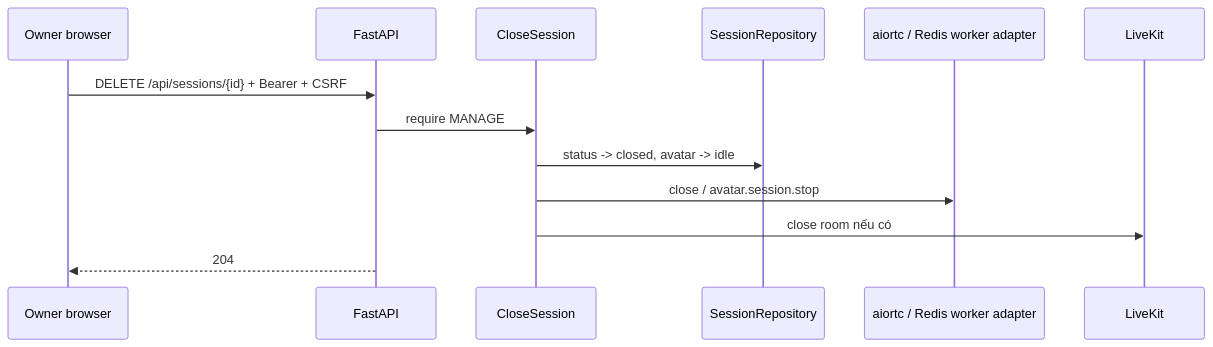
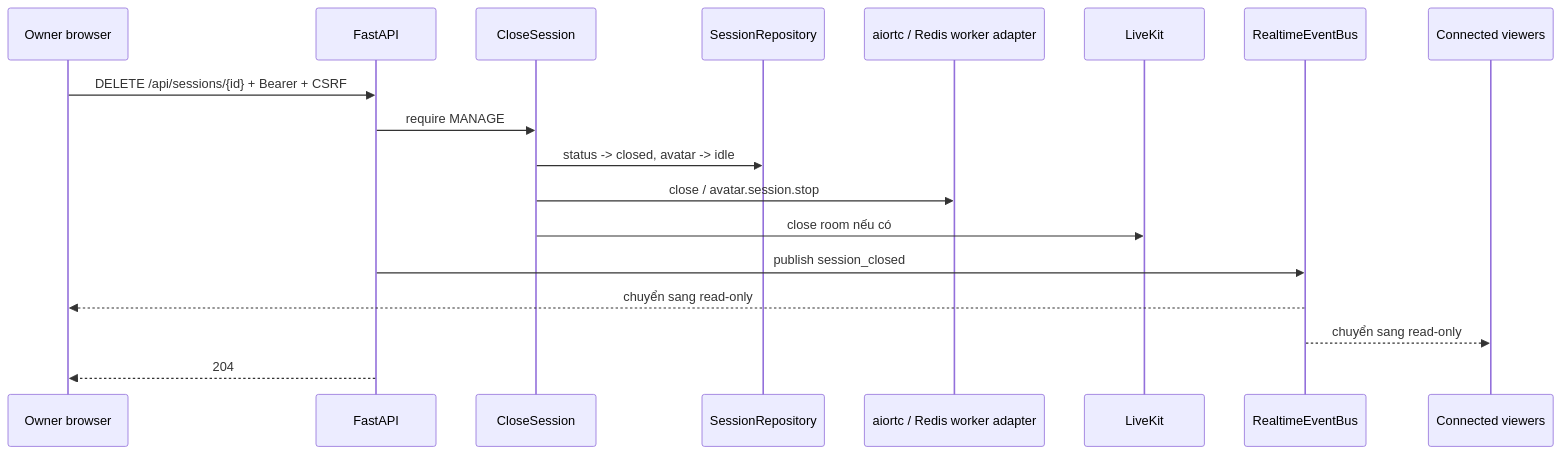
The seventh of 7 diagrams in docs/server-flow.md (thinhphan97/PersonaForge), drawn with Mermaid before and after one commit. The commit also changed other lines of this file and 17 other files, not shown here.

````diff
--- a/docs/server-flow.md
+++ b/docs/server-flow.md
@@ -270,16 +270,21 @@
 ```mermaid
 sequenceDiagram
     participant O as Owner browser
     participant API as FastAPI
     participant C as CloseSession
     participant DB as SessionRepository
     participant Media as aiortc / Redis worker adapter
     participant Room as LiveKit
+    participant Events as RealtimeEventBus
+    participant V as Connected viewers
 
     O->>API: DELETE /api/sessions/{id} + Bearer + CSRF
     API->>C: require MANAGE
     C->>DB: status -> closed, avatar -> idle
     C->>Media: close / avatar.session.stop
     C->>Room: close room nếu có
+    API->>Events: publish session_closed
+    Events-->>O: chuyển sang read-only
+    Events-->>V: chuyển sang read-only
     API-->>O: 204
 ```
````
